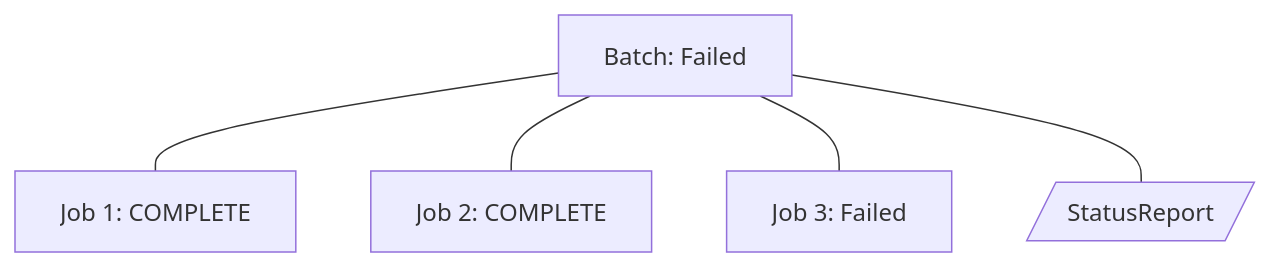
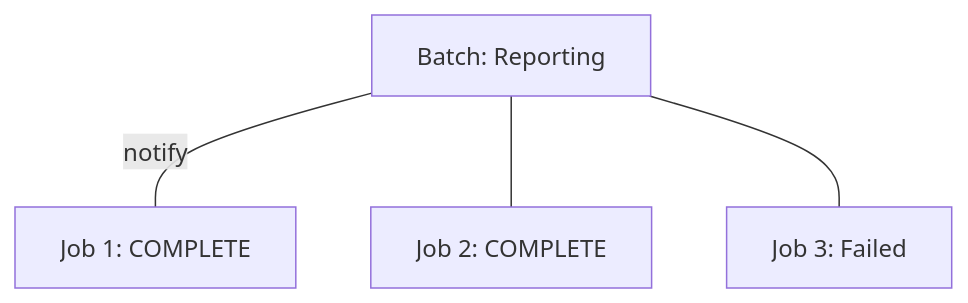
Before and after one commit to CDLUC3/mrt-zk: diagram 40 of 48 in design/use-cases.md, drawn with Mermaid. The commit also changed other lines of this file, not shown here.

Commit message:
mermaid diagrams

````diff
--- a/design/use-cases.md
+++ b/design/use-cases.md
@@ -347,12 +518,11 @@
 ```mermaid
 graph TD
-  Batch[Batch: Failed]
+  accTitle: 'Batch(Reporting) has 3 Jobs (Complete, Complete, Failed): Batch state changes when the last job completes'
+  Batch[Batch: Reporting]
   Job1[Job 1: COMPLETE]
   Job2[Job 2: COMPLETE]
   Job3[Job 3: Failed]
-  Batch --- Job1
+  Batch --- |notify| Job1
   Batch --- Job2
   Batch --- Job3
-  StatusReport[/StatusReport/]
-  Batch --- StatusReport
 ```
````
